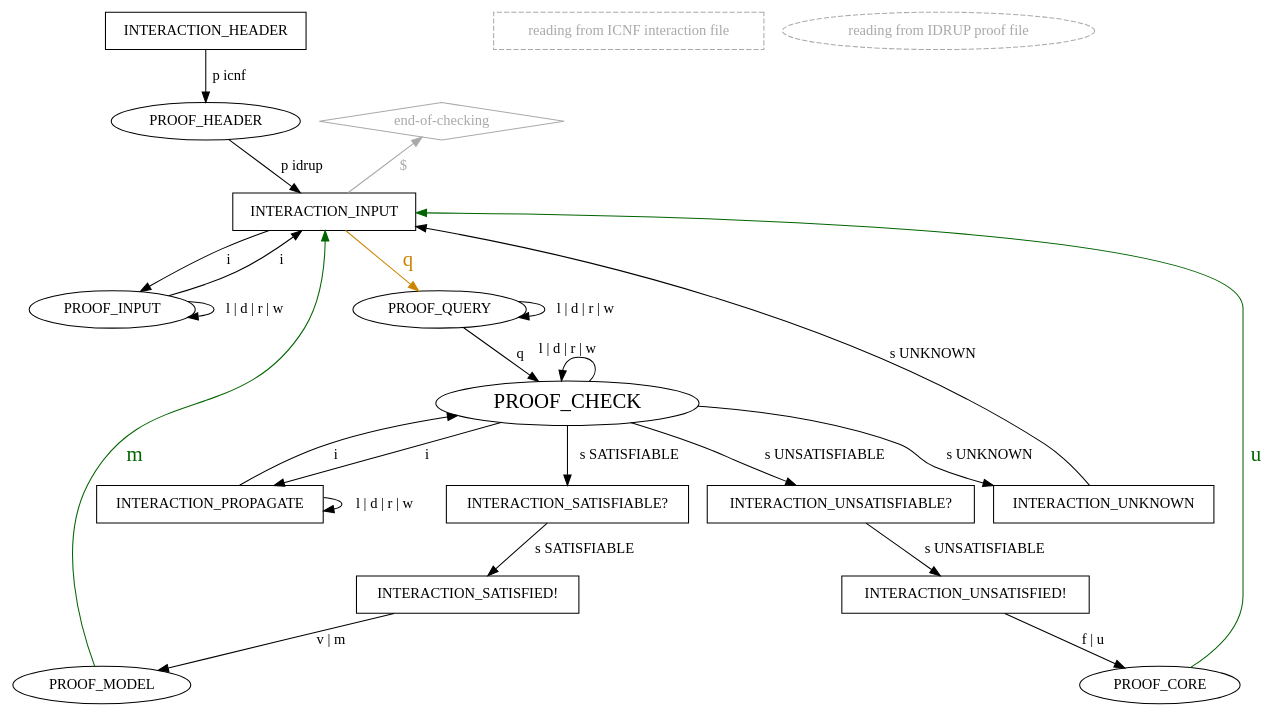
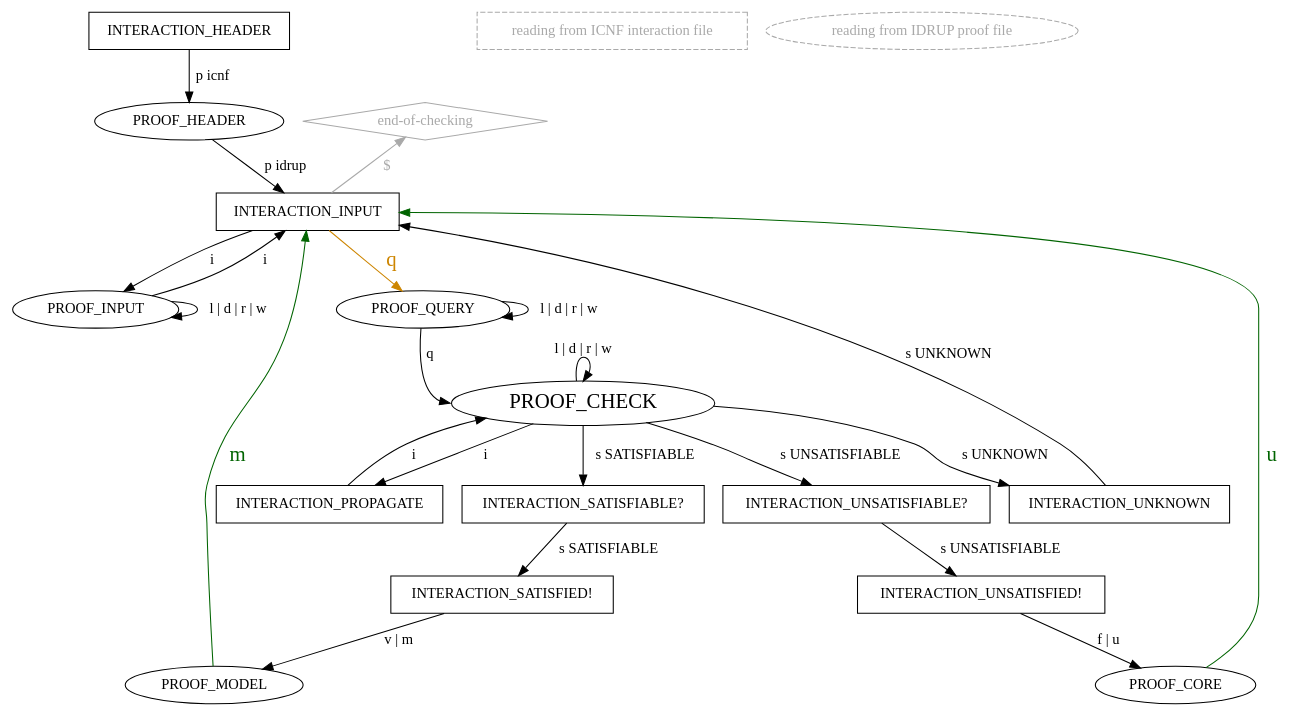
Before and after one commit to arminbiere/lidrup-check: the diagram in lidrup-check-pedantic-clear.dot, drawn with Graphviz. The commit also changed 14 other files, not shown here.

```diff
--- a/lidrup-check-pedantic-clear.dot
+++ b/lidrup-check-pedantic-clear.dot
@@ -1,55 +1,54 @@
 digraph "idrup-check" {
 
   INTERACTION_HEADER [shape=box];
   INTERACTION_HEADER -> PROOF_HEADER [label=" p icnf",weight=2];
 
   empty_legend1 [label="                     ",style=invis]
   icnf_legend
   [shape=box,color=darkgray,fontcolor=darkgray,style=dashed,label="reading from ICNF interaction file"]
   idrup_legend
   [style=dashed,color=darkgray,fontcolor=darkgray,label="reading from IDRUP proof file"]
 
   "end-of-checking" [shape=diamond,color=darkgray,fontcolor=darkgray];
    "end-of-checking" -> INTERACTION_INPUT [label="  $    ",dir=back,fontcolor=darkgray,color=darkgray];
 
   PROOF_HEADER -> INTERACTION_INPUT [label=" p idrup"]
 
   INTERACTION_INPUT [shape=box];
   INTERACTION_INPUT -> PROOF_INPUT [label=" i ",weight=2];
   INTERACTION_INPUT -> PROOF_QUERY [label=" q ",weight=2,color=orange3,fontsize=20,fontcolor=orange3];
 
   PROOF_INPUT -> INTERACTION_INPUT [label=" i ",weight=3];
   PROOF_INPUT -> PROOF_INPUT [label=" l | d | r | w"];
 
-  PROOF_QUERY -> PROOF_CHECK [label=" q "];
+  PROOF_QUERY -> PROOF_CHECK:w [label=" q "];
   PROOF_QUERY -> PROOF_QUERY [label=" l | d | r | w"];
 
   PROOF_CHECK [fontsize=20];
-  PROOF_CHECK:_ -> PROOF_CHECK:ne [label=" l | d | r | w ",dir=back];
+  PROOF_CHECK:n -> PROOF_CHECK:_ [label=" l | d | r | w ",dir=back];
   PROOF_CHECK -> INTERACTION_PROPAGATE [label=" i "];
   PROOF_CHECK -> INTERACTION_SATISFIABLE [label=" s SATISFIABLE "];
   PROOF_CHECK -> INTERACTION_UNSATISFIABLE [label=" s UNSATISFIABLE "];
   PROOF_CHECK -> INTERACTION_UNKNOWN [label=" s UNKNOWN ",weight=2];
 
   INTERACTION_PROPAGATE [shape="box"];
   INTERACTION_PROPAGATE -> PROOF_CHECK [label=" i "];
-  INTERACTION_PROPAGATE -> INTERACTION_PROPAGATE [label=" l | d | r | w "];
 
   INTERACTION_UNSATISFIABLE [shape="box",label="INTERACTION_UNSATISFIABLE?"];
   INTERACTION_UNSATISFIABLE -> INTERACTION_UNSATISFIED [label=" s UNSATISFIABLE "];
 
   INTERACTION_SATISFIABLE [shape="box",label="INTERACTION_SATISFIABLE?"];
   INTERACTION_SATISFIABLE -> INTERACTION_SATISFIED [label=" s SATISFIABLE "];
 
   INTERACTION_SATISFIED [shape=box,label="INTERACTION_SATISFIED!"];
   INTERACTION_SATISFIED -> PROOF_MODEL [label=" v | m "];
 
   INTERACTION_UNSATISFIED [shape=box,label="INTERACTION_UNSATISFIED!"];
   INTERACTION_UNSATISFIED -> PROOF_CORE [label=" f | u "];
 
   INTERACTION_UNKNOWN [shape=box];
   INTERACTION_UNKNOWN -> INTERACTION_INPUT [label="s UNKNOWN",weight=2];
 
   PROOF_MODEL -> INTERACTION_INPUT [label=" m ",color=darkgreen,fontsize=20,fontcolor=darkgreen];
   PROOF_CORE -> INTERACTION_INPUT [label=" u ",color=darkgreen,fontsize=20,fontcolor=darkgreen];
 }
```
